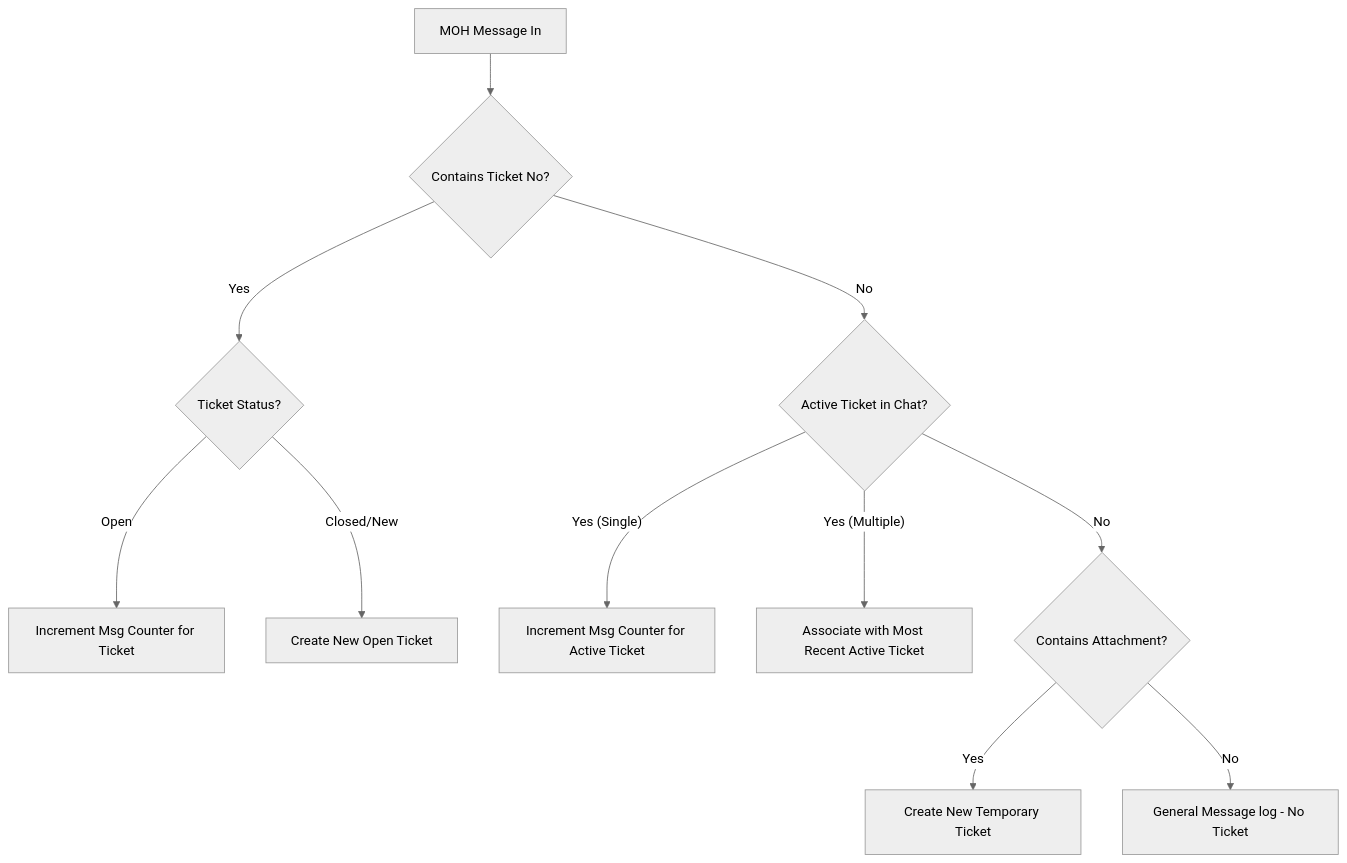
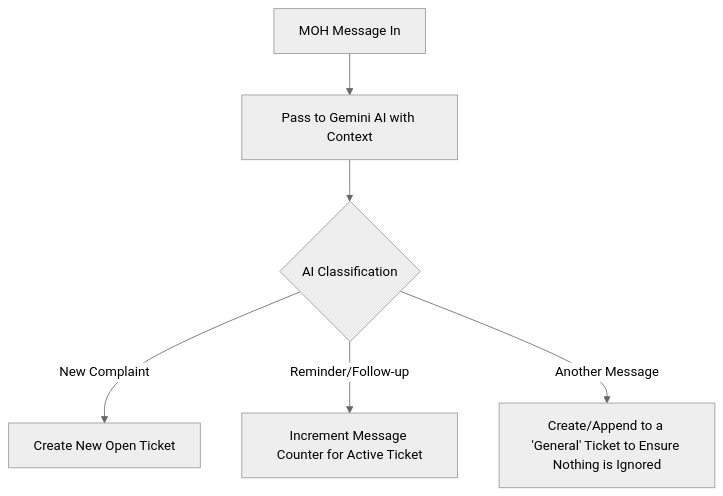
One commit to A7medFR/whatsapp-bot changed the diagram in implementation_plan.md. Above: the diagram before and after it, drawn with Mermaid (neutral theme). The commit also changed other lines of this file and 2 other files, not shown here.

First line of the commit message:
feat: AI-driven MOH message classification (NEW_COMPLAINT / REMINDER / OTHER)

````diff
--- a/implementation_plan.md
+++ b/implementation_plan.md
@@ -18,14 +18,8 @@
 ```mermaid
 graph TD
-    A[MOH Message In] --> B{Contains Ticket No?}
-    B -- Yes --> C{Ticket Status?}
-    C -- "Open" --> D[Increment Msg Counter for Ticket]
-    C -- "Closed/New" --> E[Create New Open Ticket]
-    
-    B -- No --> F{Active Ticket in Chat?}
-    F -- "Yes (Single)" --> G[Increment Msg Counter for Active Ticket]
-    F -- "Yes (Multiple)" --> H[Associate with Most Recent Active Ticket]
-    F -- "No" --> I{Contains Attachment?}
-    I -- Yes --> J[Create New Temporary Ticket]
-    I -- No --> K[General Message log - No Ticket]
+    A[MOH Message In] --> B[Pass to Gemini AI with Context]
+    B --> C{AI Classification}
+    C -- "New Complaint" --> D[Create New Open Ticket]
+    C -- "Reminder/Follow-up" --> E[Increment Message Counter for Active Ticket]
+    C -- "Another Message" --> F[Create/Append to a 'General' Ticket to Ensure Nothing is Ignored]
 ```
````
